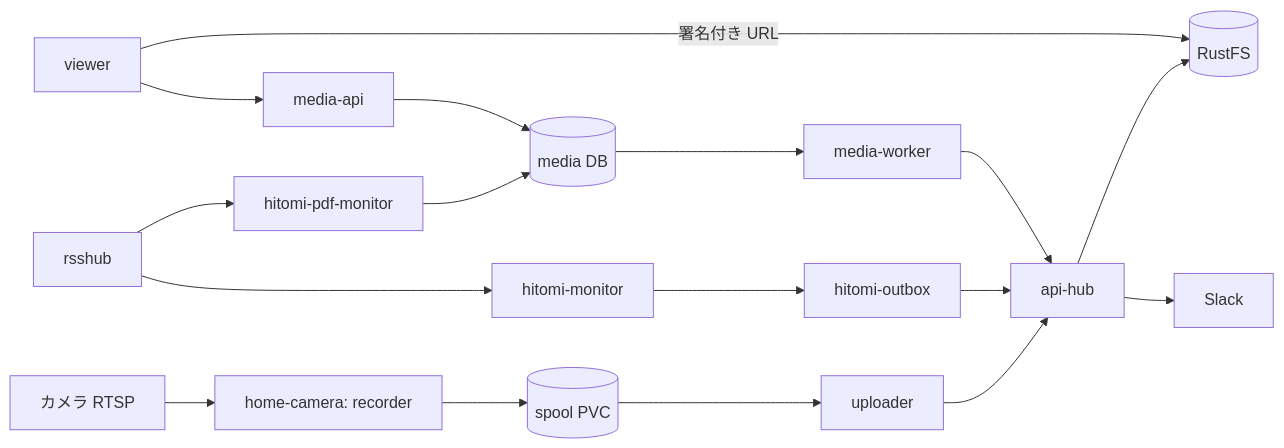
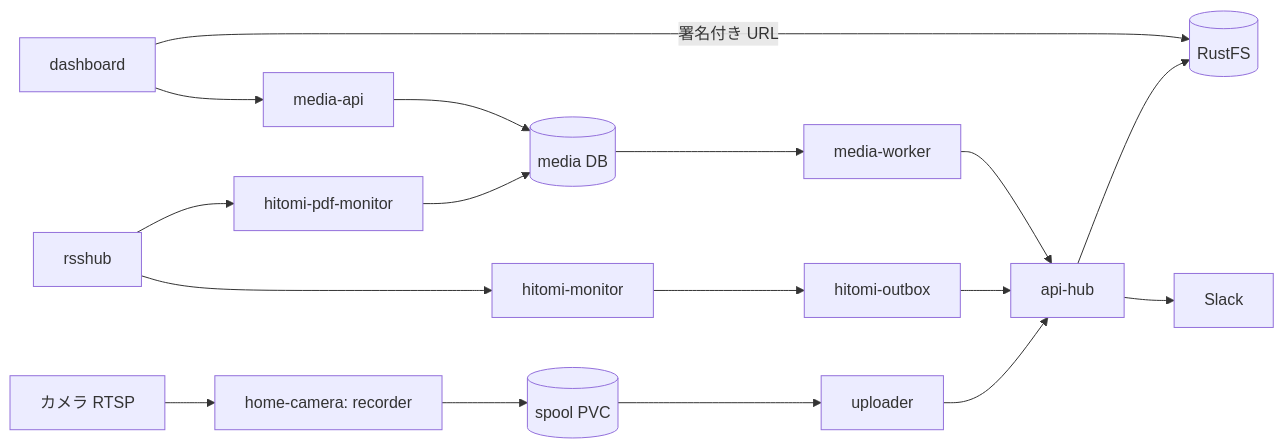
One commit to home-lab-ksera/home-lab-k8s changed the diagram in docs/apps.md. Above: the diagram before and after it, drawn with Mermaid. The commit also changed other lines of this file and 19 other files, not shown here.

First line of the commit message:
chore: dashboard への移行が済んだ hitomi-upload-viewer を削除する (#224)

````diff
--- a/docs/apps.md
+++ b/docs/apps.md
@@ -22,13 +21,13 @@
 ```mermaid
 flowchart LR
   CAM[カメラ RTSP] --> REC[home-camera: recorder] --> SPOOL[(spool PVC)] --> UP[uploader]
   UP --> API[api-hub]
   HIT[hitomi-monitor] --> OUT[hitomi-outbox] --> API
   RSS[rsshub] --> HIT
   RSS --> PLAN[hitomi-pdf-monitor]
   PLAN --> MDB[(media DB)] --> MW[media-worker] --> API
   API --> S3[(RustFS)]
   API --> SLACK[Slack]
-  VIEW[viewer] --> MAPI[media-api] --> MDB
+  VIEW[dashboard] --> MAPI[media-api] --> MDB
   VIEW -->|署名付き URL| S3
 ```
````
